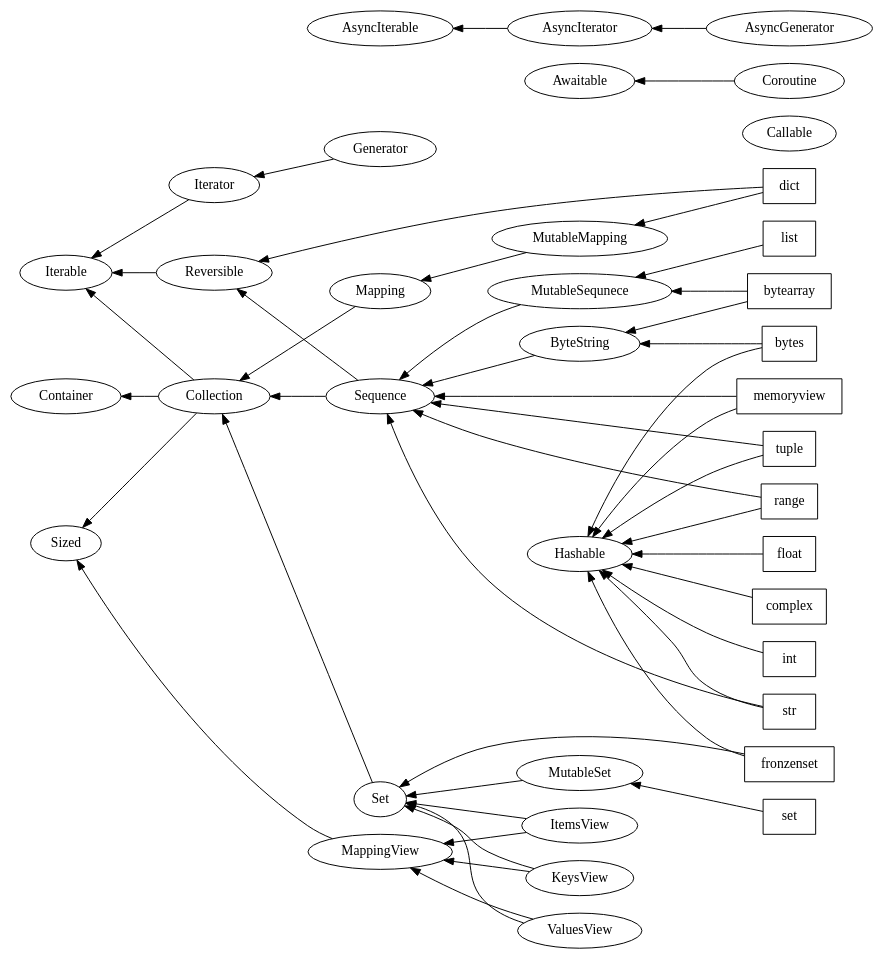
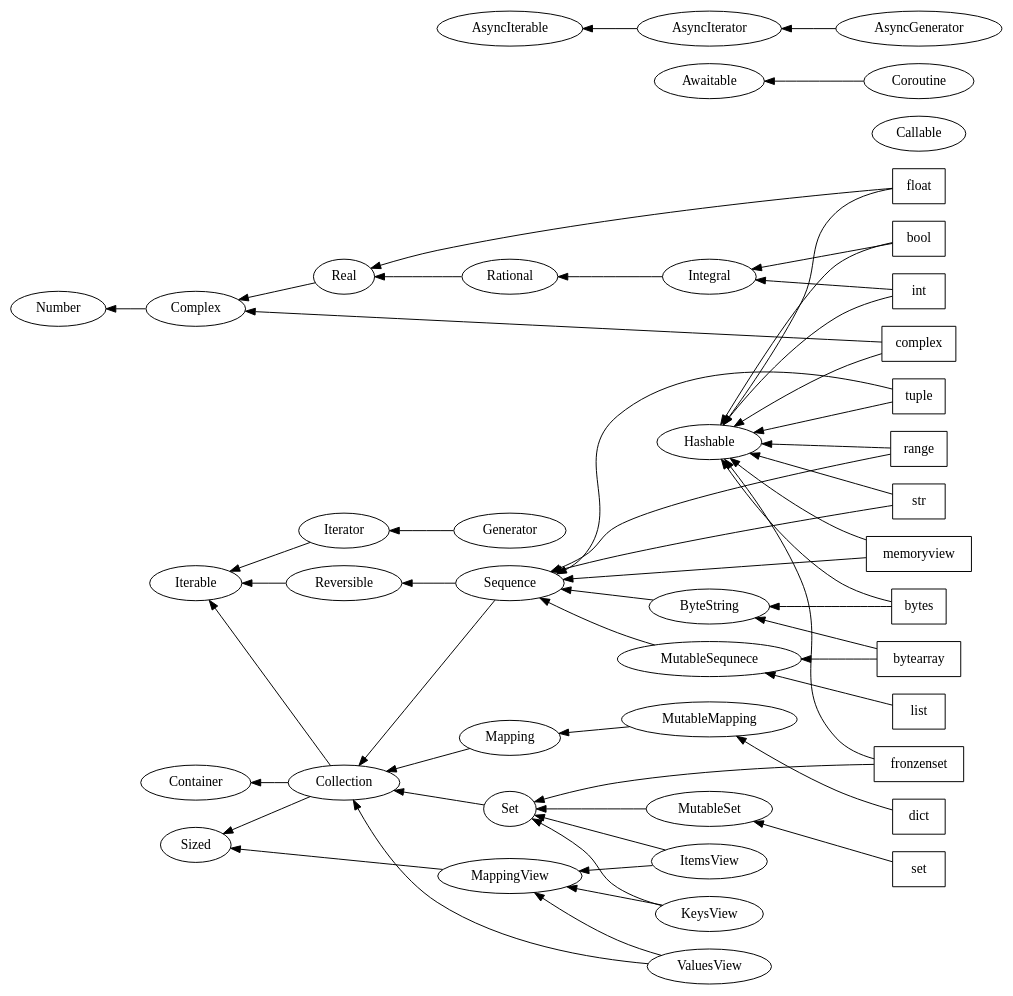
Before and after one commit to sunziping2016/oak-tree-house: the first of 4 diagrams in site/_posts/2020-02-06-python-tutorial3.md, drawn with Graphviz. The commit also changed other lines of this file and 5 other files, not shown here.

````diff
--- a/site/_posts/2020-02-06-python-tutorial3.md
+++ b/site/_posts/2020-02-06-python-tutorial3.md
@@ -34,4 +34,4 @@
-```graphviz [compile]
+```graphviz [render]
 digraph abc {
   graph [rankdir=RL]
   subgraph abstract {
@@ -60,18 +60,25 @@
     KeysView -> MappingView
     KeysView -> Set
     ValuesView -> MappingView
-    ValuesView -> Set
+    ValuesView -> Collection
     Awaitable
     Coroutine -> Awaitable
     AsyncIterable
     AsyncIterator -> AsyncIterable
     AsyncGenerator -> AsyncIterator
+    Number
+    Complex -> Number
+    Real -> Complex
+    Rational -> Real
+    Integral -> Rational
   }
   subgraph concret {
     node [shape=box]
     rank=same
     int
     float
+    bool
+    bool
     complex
     list
     tuple
@@ -85,8 +92,13 @@
     dict
   }
   int -> Hashable
+  int -> Integral
   float -> Hashable
+  float -> Real
+  bool -> Hashable
+  bool -> Integral
   complex -> Hashable
+  complex -> Complex
   list -> MutableSequnece
   tuple -> Sequence
   tuple -> Hashable
@@ -104,6 +116,5 @@
   fronzenset -> Set
   fronzenset -> Hashable
   dict -> MutableMapping
-  dict -> Reversible
 }
 ```
````
